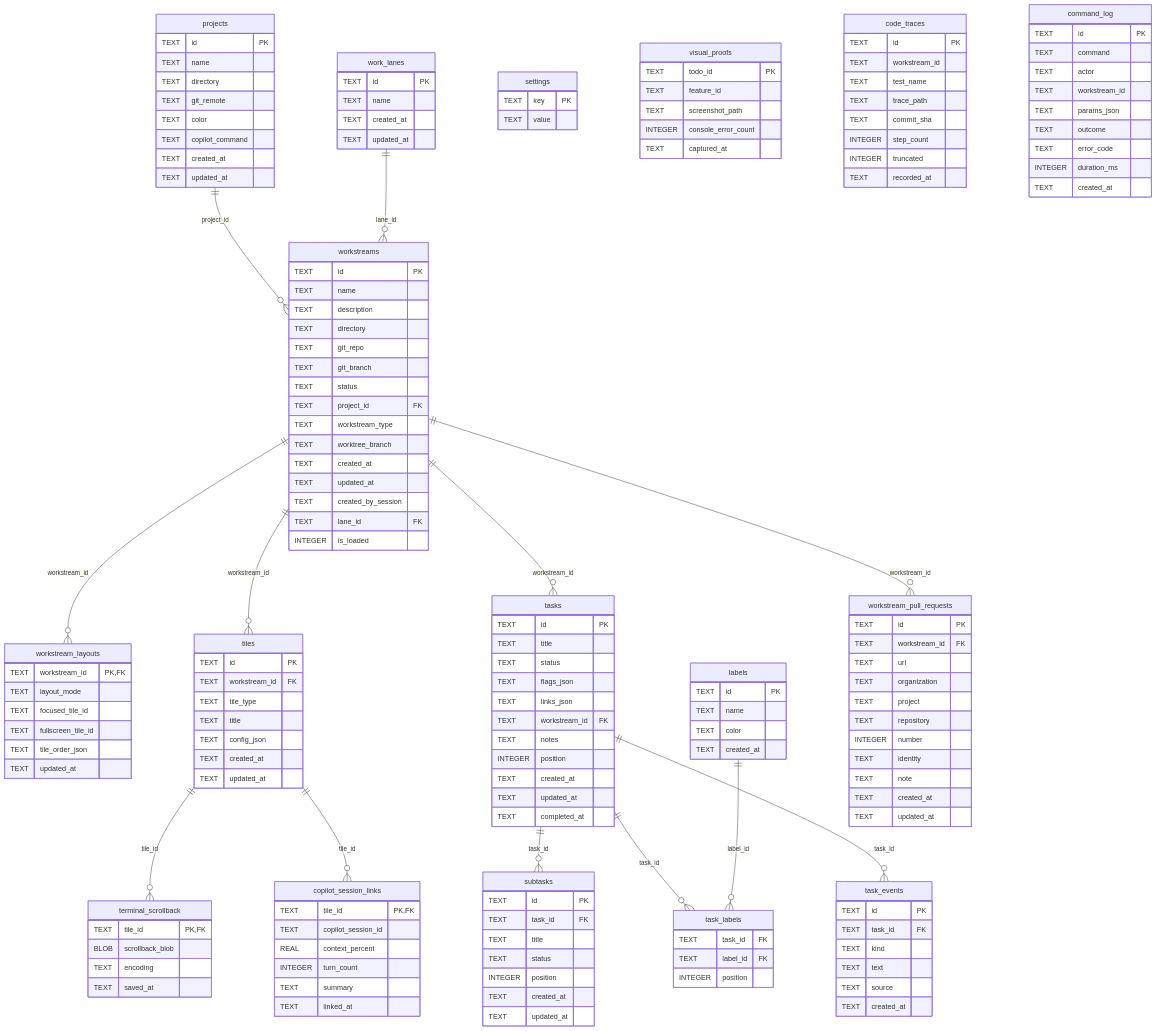
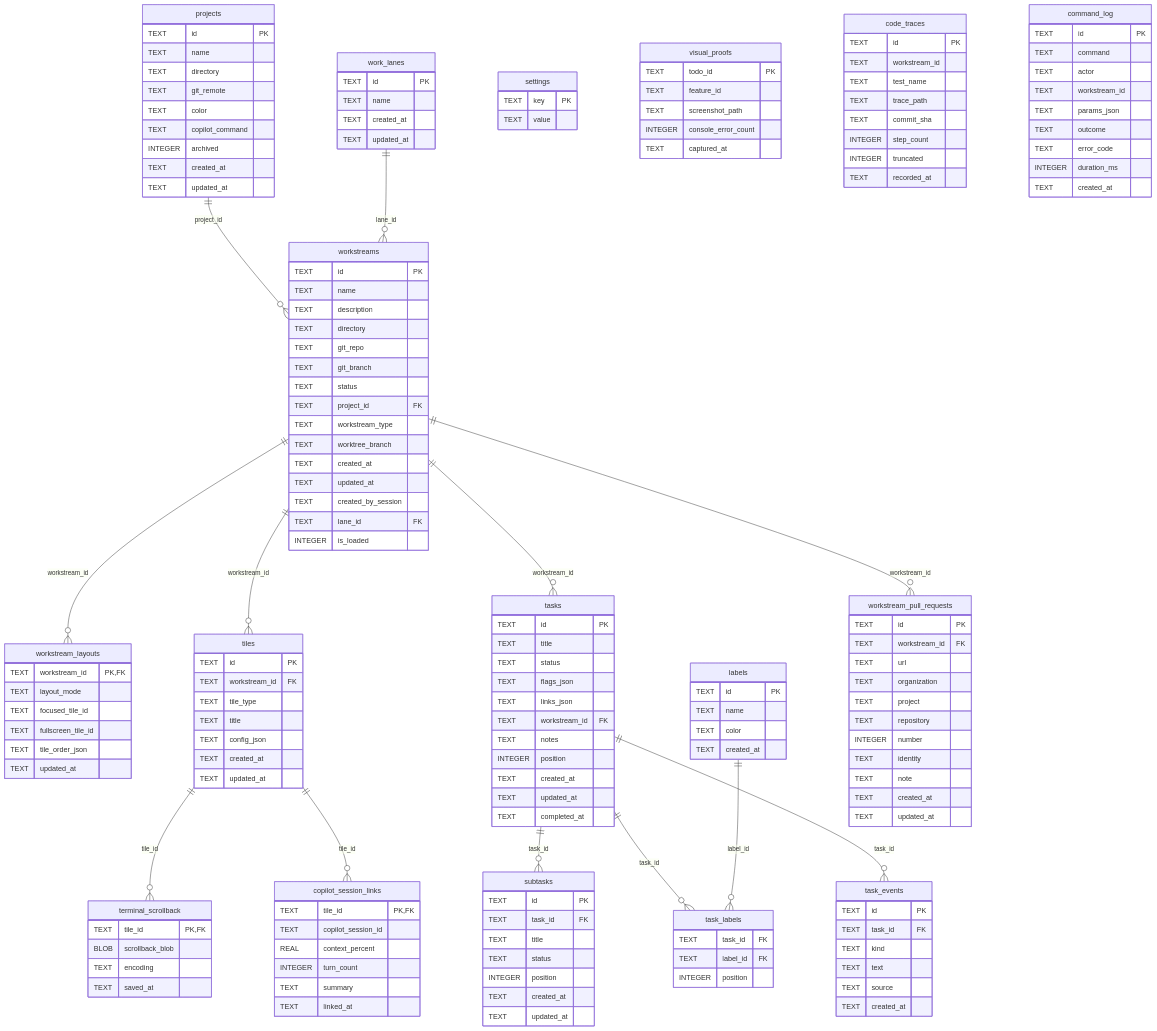
One commit to alejandroechev/workstreams changed the diagram in docs/db-model.md. Above: the diagram before and after it, drawn with Mermaid. The commit also changed other lines of this file and 22 other files, not shown here.

```diff
--- a/docs/db-model.md
+++ b/docs/db-model.md
@@ -36,6 +36,7 @@
     TEXT git_remote
     TEXT color
     TEXT copilot_command
+    INTEGER archived
     TEXT created_at
     TEXT updated_at
   }
```
